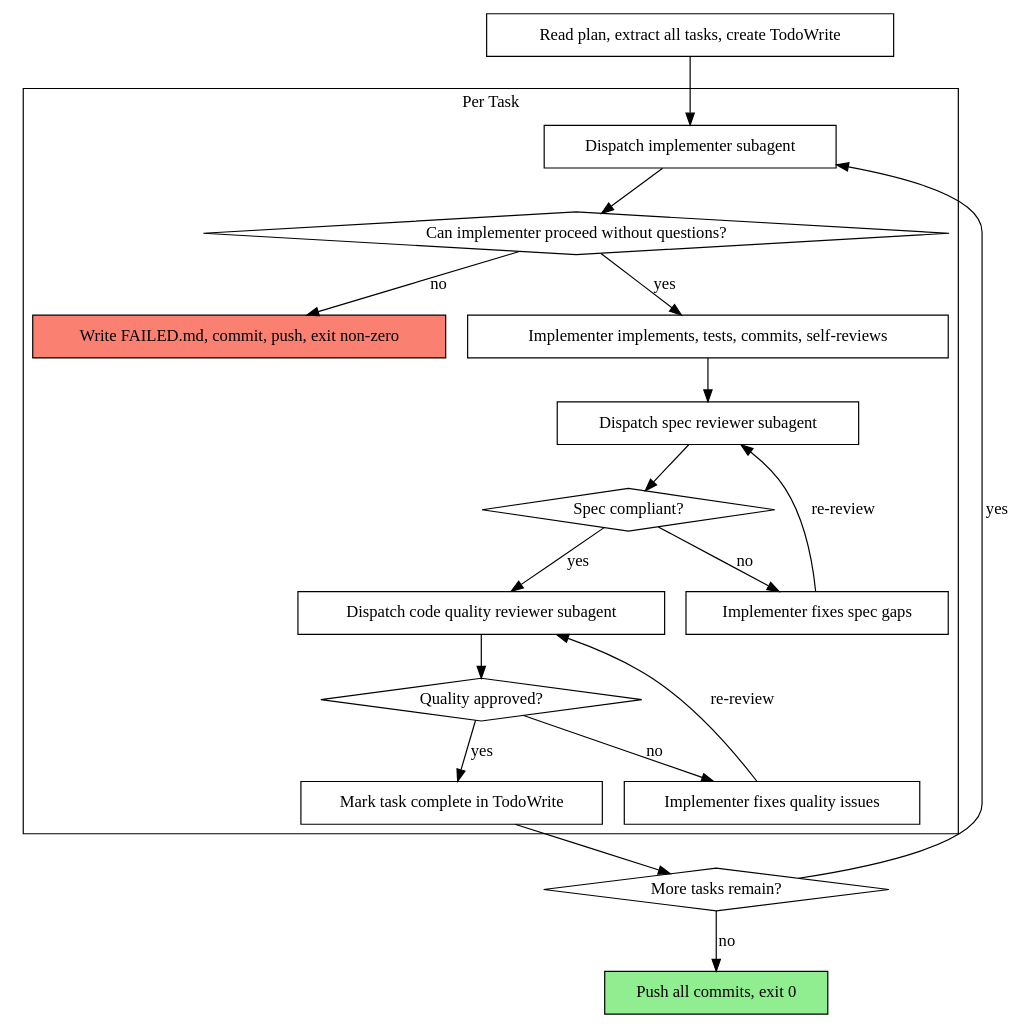
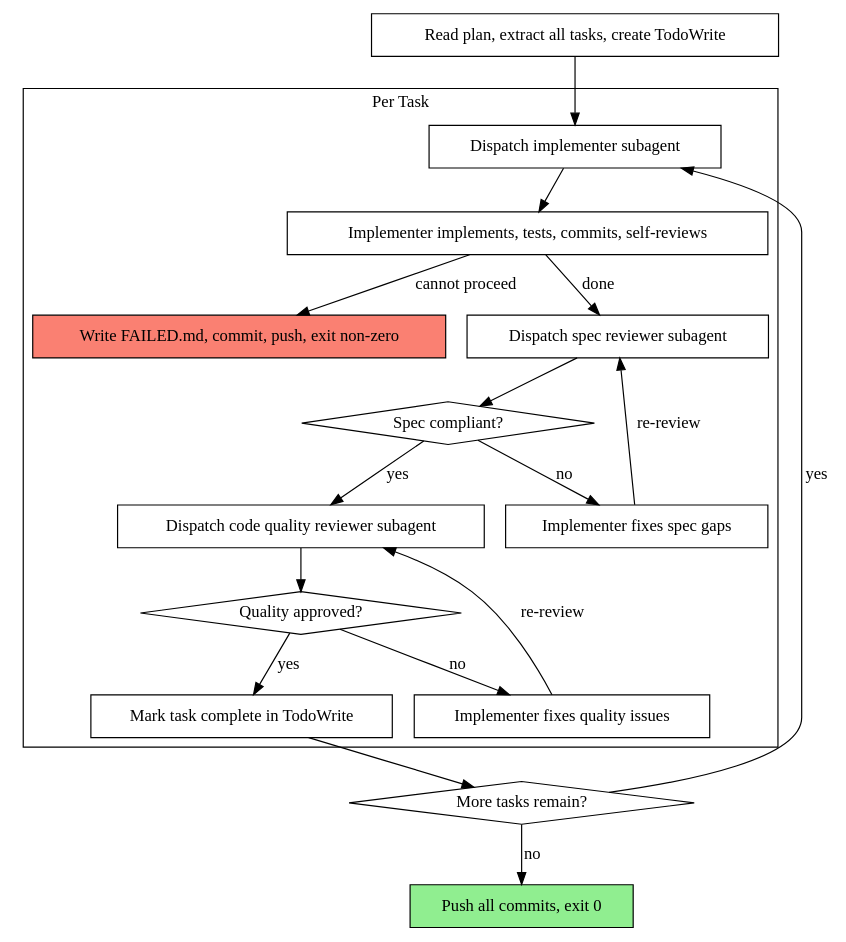
Before and after one commit to reza-gh-lndsk/superpowers-for-lendesk: the diagram in skills/headless-driven-development/SKILL.md, drawn with Graphviz.

Commit message:
fix: remove questions diamond from headless skill process diagram

````diff
--- a/skills/headless-driven-development/SKILL.md
+++ b/skills/headless-driven-development/SKILL.md
@@ -46,41 +46,39 @@
 ```dot
 digraph process {
     rankdir=TB;
 
     subgraph cluster_per_task {
         label="Per Task";
         "Dispatch implementer subagent" [shape=box];
-        "Can implementer proceed without questions?" [shape=diamond];
+        "Implementer implements, tests, commits, self-reviews" [shape=box];
         "Write FAILED.md, commit, push, exit non-zero" [shape=box style=filled fillcolor=salmon];
-        "Implementer implements, tests, commits, self-reviews" [shape=box];
         "Dispatch spec reviewer subagent" [shape=box];
         "Spec compliant?" [shape=diamond];
         "Implementer fixes spec gaps" [shape=box];
         "Dispatch code quality reviewer subagent" [shape=box];
         "Quality approved?" [shape=diamond];
         "Implementer fixes quality issues" [shape=box];
         "Mark task complete in TodoWrite" [shape=box];
     }
 
     "Read plan, extract all tasks, create TodoWrite" [shape=box];
     "More tasks remain?" [shape=diamond];
     "Push all commits, exit 0" [shape=box style=filled fillcolor=lightgreen];
 
     "Read plan, extract all tasks, create TodoWrite" -> "Dispatch implementer subagent";
-    "Dispatch implementer subagent" -> "Can implementer proceed without questions?";
-    "Can implementer proceed without questions?" -> "Write FAILED.md, commit, push, exit non-zero" [label="no"];
-    "Can implementer proceed without questions?" -> "Implementer implements, tests, commits, self-reviews" [label="yes"];
-    "Implementer implements, tests, commits, self-reviews" -> "Dispatch spec reviewer subagent";
+    "Dispatch implementer subagent" -> "Implementer implements, tests, commits, self-reviews";
+    "Implementer implements, tests, commits, self-reviews" -> "Write FAILED.md, commit, push, exit non-zero" [label="cannot proceed"];
+    "Implementer implements, tests, commits, self-reviews" -> "Dispatch spec reviewer subagent" [label="done"];
     "Dispatch spec reviewer subagent" -> "Spec compliant?";
     "Spec compliant?" -> "Implementer fixes spec gaps" [label="no"];
     "Implementer fixes spec gaps" -> "Dispatch spec reviewer subagent" [label="re-review"];
     "Spec compliant?" -> "Dispatch code quality reviewer subagent" [label="yes"];
     "Dispatch code quality reviewer subagent" -> "Quality approved?";
     "Quality approved?" -> "Implementer fixes quality issues" [label="no"];
     "Implementer fixes quality issues" -> "Dispatch code quality reviewer subagent" [label="re-review"];
     "Quality approved?" -> "Mark task complete in TodoWrite" [label="yes"];
     "Mark task complete in TodoWrite" -> "More tasks remain?";
     "More tasks remain?" -> "Dispatch implementer subagent" [label="yes"];
     "More tasks remain?" -> "Push all commits, exit 0" [label="no"];
 }
 ```
````
